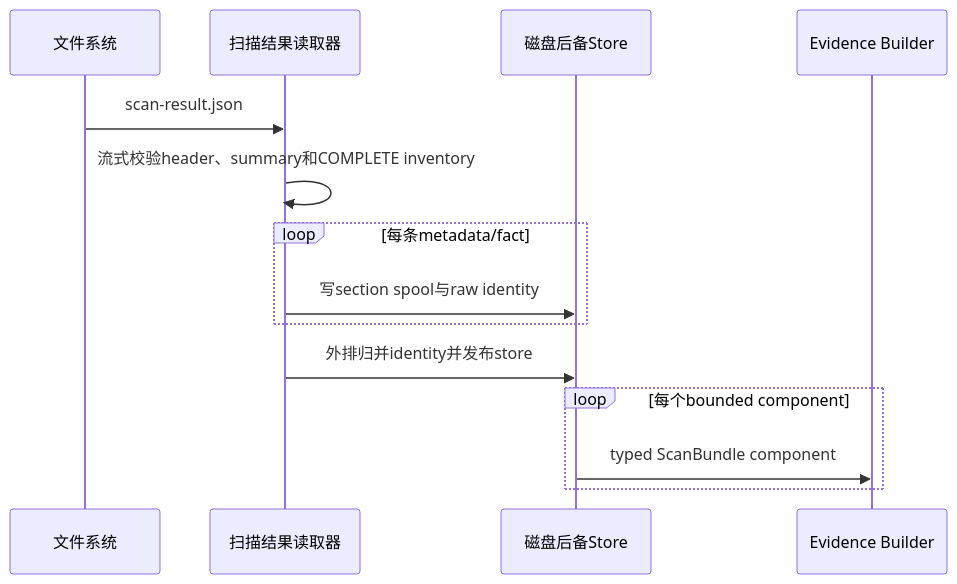
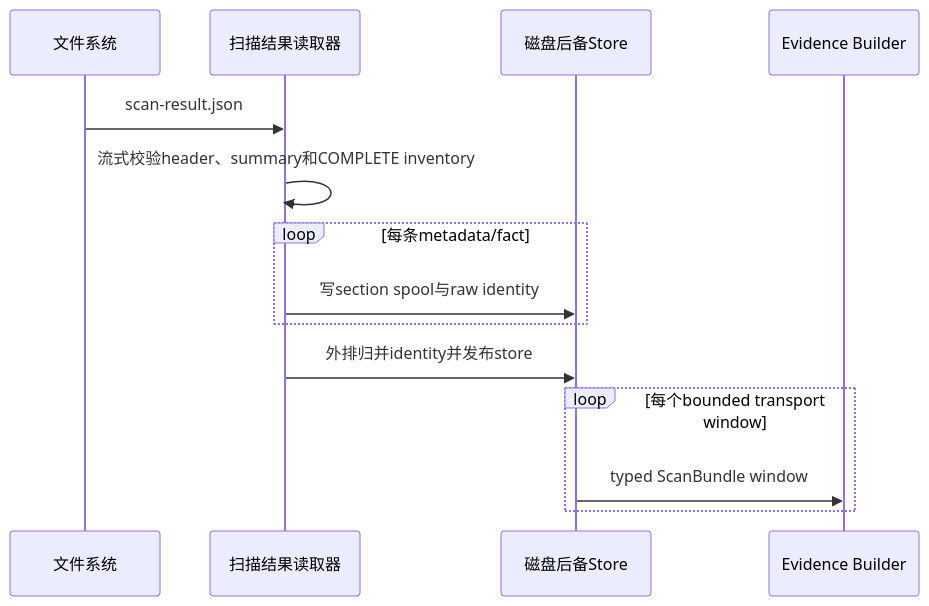
The third of 4 diagrams in docs/design/semantic-layer/01-scan-result-reader.md (xiaoguang/relation-detector), drawn with Mermaid before and after one commit. The commit also changed other lines of this file and 39 other files, not shown here.

````diff
--- a/docs/design/semantic-layer/01-scan-result-reader.md
+++ b/docs/design/semantic-layer/01-scan-result-reader.md
@@ -243,17 +244,17 @@
 ```mermaid
 sequenceDiagram
     participant FS as 文件系统
     participant SR as 扫描结果读取器
     participant DS as 磁盘后备Store
     participant EB as Evidence Builder
 
     FS->>SR: scan-result.json
     SR->>SR: 流式校验header、summary和COMPLETE inventory
     loop 每条metadata/fact
         SR->>DS: 写section spool与raw identity
     end
     SR->>DS: 外排归并identity并发布store
-    loop 每个bounded component
-        DS->>EB: typed ScanBundle component
+    loop 每个bounded transport window
+        DS->>EB: typed ScanBundle window
     end
 ```
````
